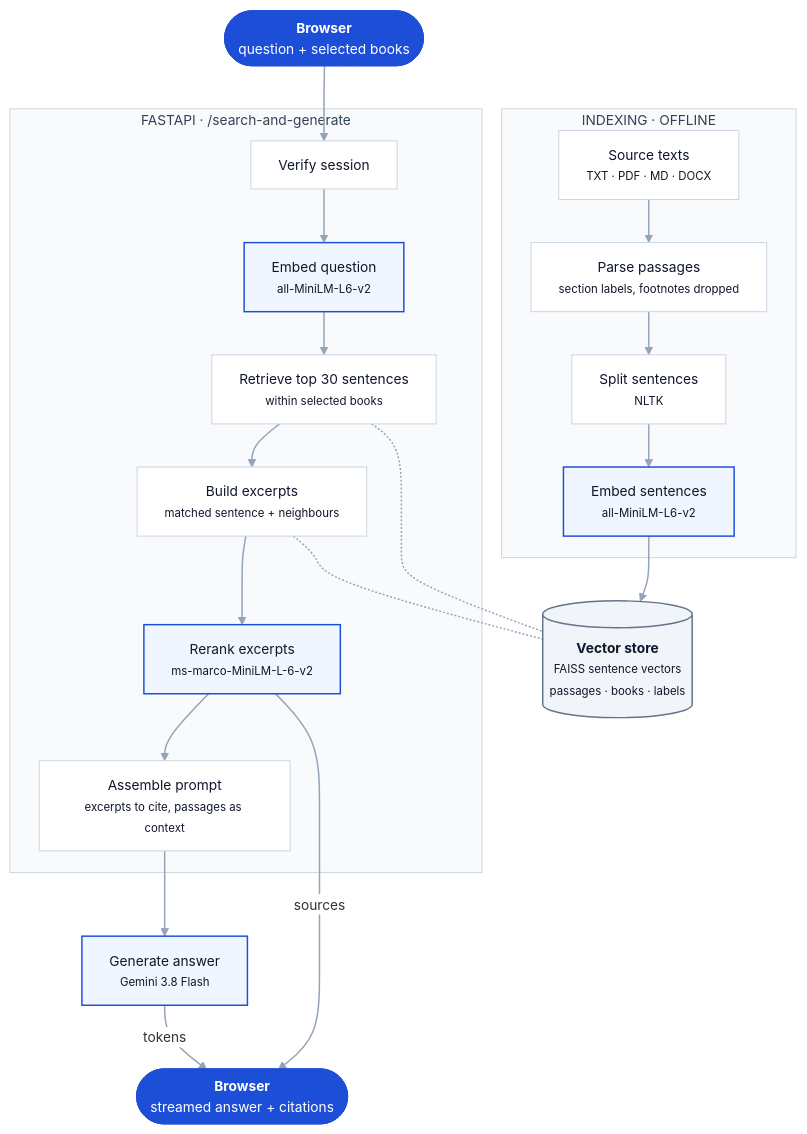
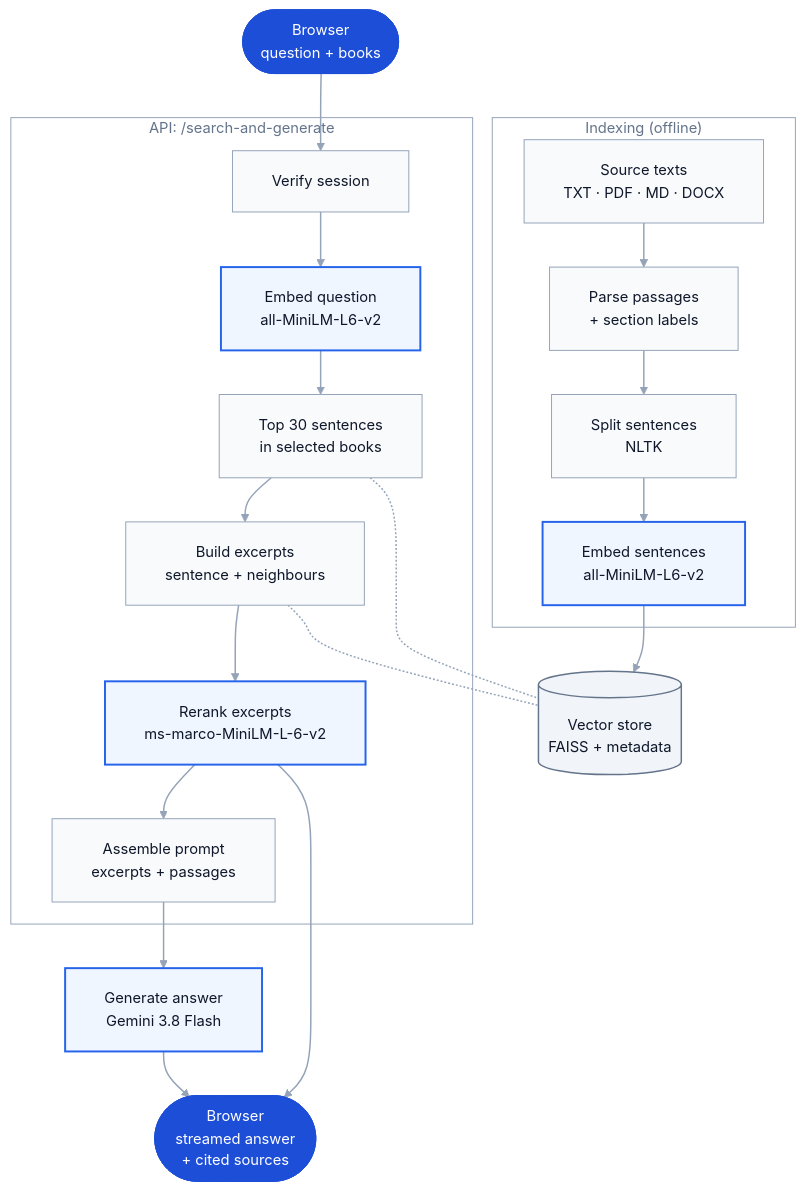
The diagram in README.md (jessecui/philosearch), drawn with Mermaid before and after one commit.

Commit message:
Make the architecture diagram render cleanly on GitHub, including dark mode
Let GitHub pick the font, keep every label line short enough not to wrap,
pad the section titles, and use transparent section backgrounds so the
diagram reads on both light and dark pages.

````diff
--- a/README.md
+++ b/README.md
@@ -18,43 +18,43 @@
 ```mermaid
-%%{init: {"theme": "base", "themeVariables": {"fontFamily": "-apple-system, Segoe UI, Helvetica, Arial, sans-serif", "fontSize": "14px", "lineColor": "#94a3b8", "edgeLabelBackground": "#ffffff", "clusterBkg": "#f8fafc", "clusterBorder": "#cbd5e1", "titleColor": "#334155"}, "flowchart": {"curve": "basis", "nodeSpacing": 40, "rankSpacing": 44, "padding": 14}}}%%
+%%{init: {"theme": "base", "themeVariables": {"fontSize": "15px", "lineColor": "#94a3b8", "textColor": "#64748b", "clusterBkg": "transparent", "clusterBorder": "#94a3b8", "titleColor": "#64748b"}, "flowchart": {"curve": "basis", "nodeSpacing": 45, "rankSpacing": 45, "padding": 20, "wrappingWidth": 400}}}%%
 flowchart TB
-    UI(["<b>Browser</b><br/>question + selected books"])
+    UI(["Browser<br/>question + books"])
 
-    subgraph IDX["INDEXING · OFFLINE"]
-        T["Source texts<br/><small>TXT · PDF · MD · DOCX</small>"] --> P["Parse passages<br/><small>section labels, footnotes dropped</small>"]
-        P --> S["Split sentences<br/><small>NLTK</small>"]
-        S --> E1["Embed sentences<br/><small>all-MiniLM-L6-v2</small>"]
+    subgraph IDX["#nbsp;#nbsp;#nbsp;#nbsp;#nbsp;#nbsp;#nbsp;#nbsp;Indexing (offline)#nbsp;#nbsp;#nbsp;#nbsp;#nbsp;#nbsp;#nbsp;#nbsp;"]
+        T["Source texts<br/>TXT · PDF · MD · DOCX"] --> P["Parse passages<br/>+ section labels"]
+        P --> S["Split sentences<br/>NLTK"]
+        S --> E1["Embed sentences<br/>all-MiniLM-L6-v2"]
     end
 
-    STORE[("<b>Vector store</b><br/><small>FAISS sentence vectors<br/>passages · books · labels</small>")]
+    STORE[("Vector store<br/>FAISS + metadata")]
 
-    subgraph API["FASTAPI · /search-and-generate"]
-        A["Verify session"] --> Q["Embed question<br/><small>all-MiniLM-L6-v2</small>"]
-        Q --> K["Retrieve top 30 sentences<br/><small>within selected books</small>"]
-        K --> X["Build excerpts<br/><small>matched sentence + neighbours</small>"]
-        X --> R["Rerank excerpts<br/><small>ms-marco-MiniLM-L-6-v2</small>"]
-        R --> G["Assemble prompt<br/><small>excerpts to cite, passages as context</small>"]
+    subgraph API["#nbsp;#nbsp;#nbsp;#nbsp;#nbsp;#nbsp;#nbsp;#nbsp;API: /search-and-generate#nbsp;#nbsp;#nbsp;#nbsp;#nbsp;#nbsp;#nbsp;#nbsp;"]
+        A["Verify session"] --> Q["Embed question<br/>all-MiniLM-L6-v2"]
+        Q --> K["Top 30 sentences<br/>in selected books"]
+        K --> X["Build excerpts<br/>sentence + neighbours"]
+        X --> R["Rerank excerpts<br/>ms-marco-MiniLM-L-6-v2"]
+        R --> G["Assemble prompt<br/>excerpts + passages"]
     end
 
-    LLM["Generate answer<br/><small>Gemini 3.8 Flash</small>"]
-    OUT(["<b>Browser</b><br/>streamed answer + citations"])
+    LLM["Generate answer<br/>Gemini 3.8 Flash"]
+    OUT(["Browser<br/>streamed answer<br/>+ cited sources"])
 
     UI --> A
     E1 --> STORE
     K -.- STORE
     X -.- STORE
     G --> LLM
-    R -- "sources" --> OUT
-    LLM -- "tokens" --> OUT
+    R --> OUT
+    LLM --> OUT
 
-    classDef step fill:#ffffff,stroke:#cbd5e1,stroke-width:1px,color:#0f172a
-    classDef model fill:#eff6ff,stroke:#1d4ed8,stroke-width:1.5px,color:#0f172a
+    classDef step fill:#f8fafc,stroke:#94a3b8,stroke-width:1px,color:#0f172a
+    classDef model fill:#eff6ff,stroke:#2563eb,stroke-width:2px,color:#0f172a
     classDef store fill:#f1f5f9,stroke:#64748b,stroke-width:1.5px,color:#0f172a
     classDef client fill:#1d4ed8,stroke:#1d4ed8,color:#ffffff
 
     class T,P,S,A,K,X,G step
     class E1,Q,R,LLM model
     class STORE store
     class UI,OUT client
     linkStyle default stroke:#94a3b8,stroke-width:1.5px
 ```
````
